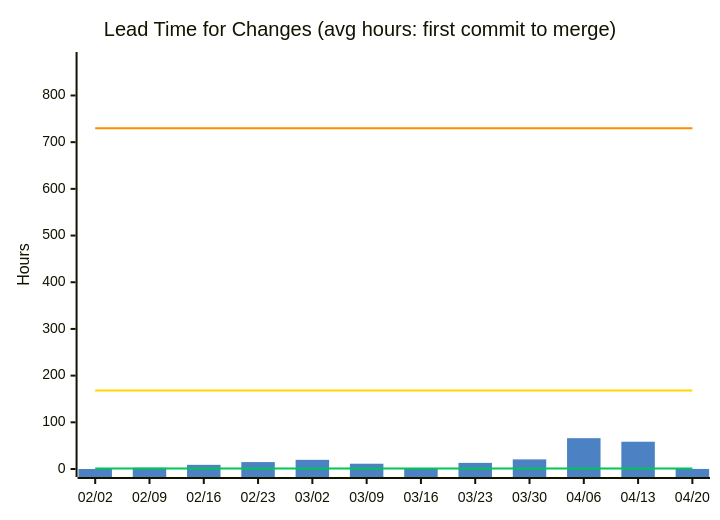
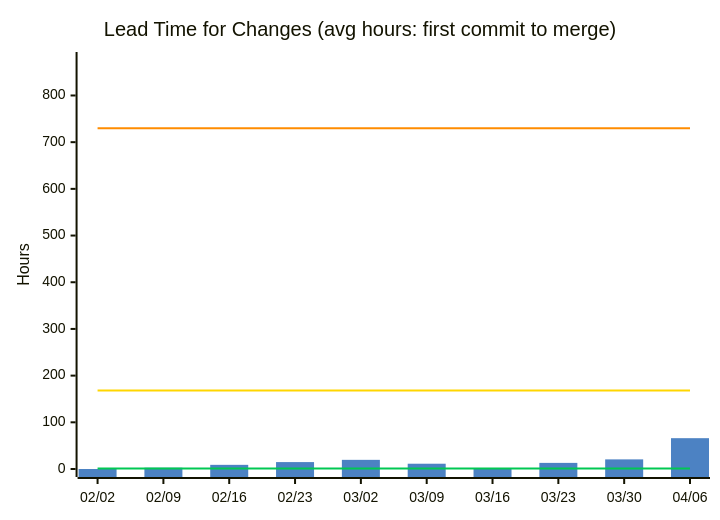
Before and after one commit to nablarch/nabledge-dev: the second of 14 diagrams in docs/metrics.md, drawn with Mermaid. The commit also changed other lines of this file and 13372 other files, not shown here.

````diff
--- a/docs/metrics.md
+++ b/docs/metrics.md
@@ -49,11 +49,11 @@
 ```mermaid
 %%{init: {'theme': 'base', 'themeVariables': {'xyChart': {'plotColorPalette': '#4C82C3,#00C853,#FFD600,#FF8C00'}}}}%%
 xychart-beta
   title "Lead Time for Changes (avg hours: first commit to merge)"
-  x-axis ["02/02", "02/09", "02/16", "02/23", "03/02", "03/09", "03/16", "03/23", "03/30", "04/06", "04/13", "04/20"]
+  x-axis ["02/02", "02/09", "02/16", "02/23", "03/02", "03/09", "03/16", "03/23", "03/30", "04/06"]
   y-axis "Hours" 0 --> 876
-  bar [0, 2.7, 8.9, 14.8, 19.6, 11.3, 0, 13.1, 20.6, 66, 58.4, 0.1]
-  line [1, 1, 1, 1, 1, 1, 1, 1, 1, 1, 1, 1]
-  line [168, 168, 168, 168, 168, 168, 168, 168, 168, 168, 168, 168]
-  line [730, 730, 730, 730, 730, 730, 730, 730, 730, 730, 730, 730]
+  bar [0, 2.7, 8.9, 14.8, 19.6, 11.3, 0, 13.1, 20.6, 66]
+  line [1, 1, 1, 1, 1, 1, 1, 1, 1, 1]
+  line [168, 168, 168, 168, 168, 168, 168, 168, 168, 168]
+  line [730, 730, 730, 730, 730, 730, 730, 730, 730, 730]
 ```
````
